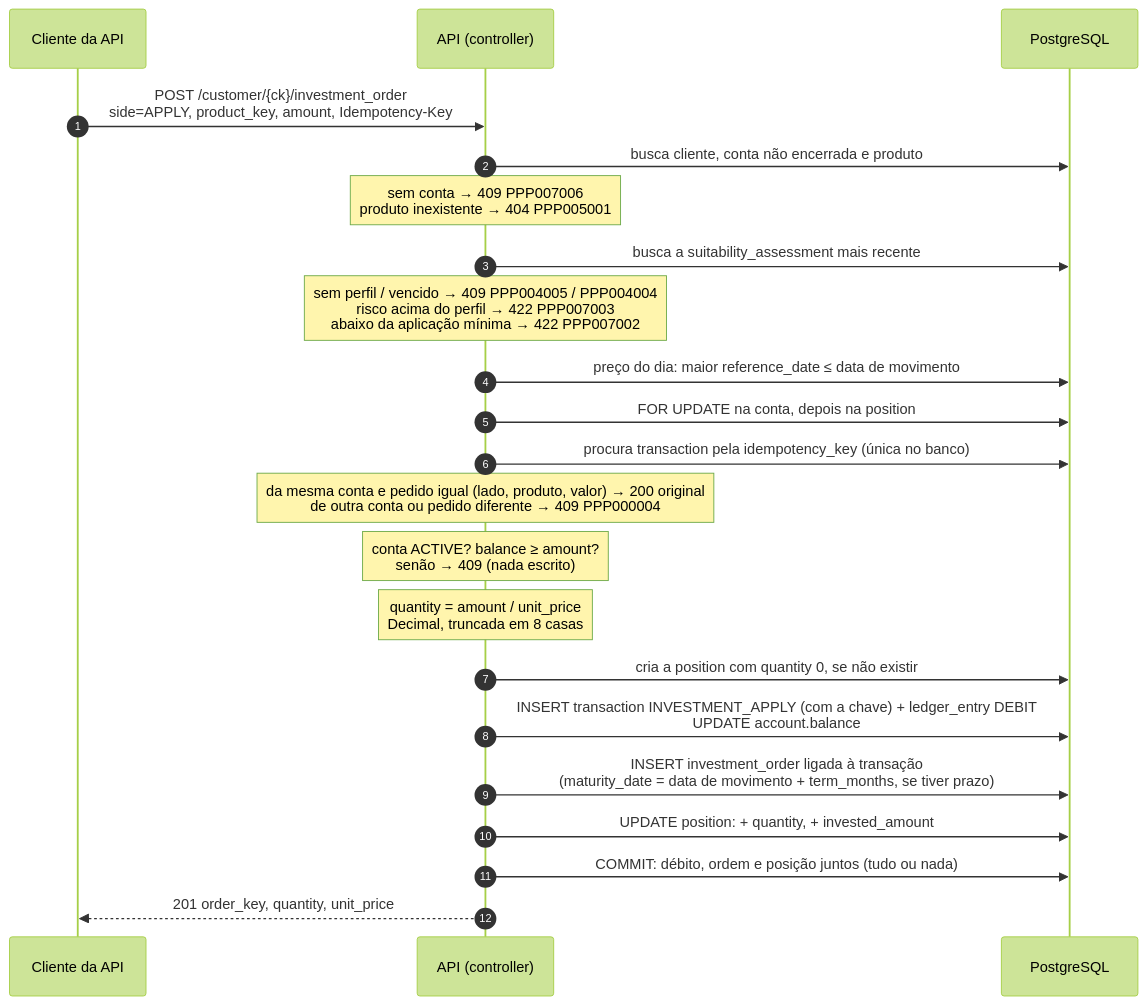
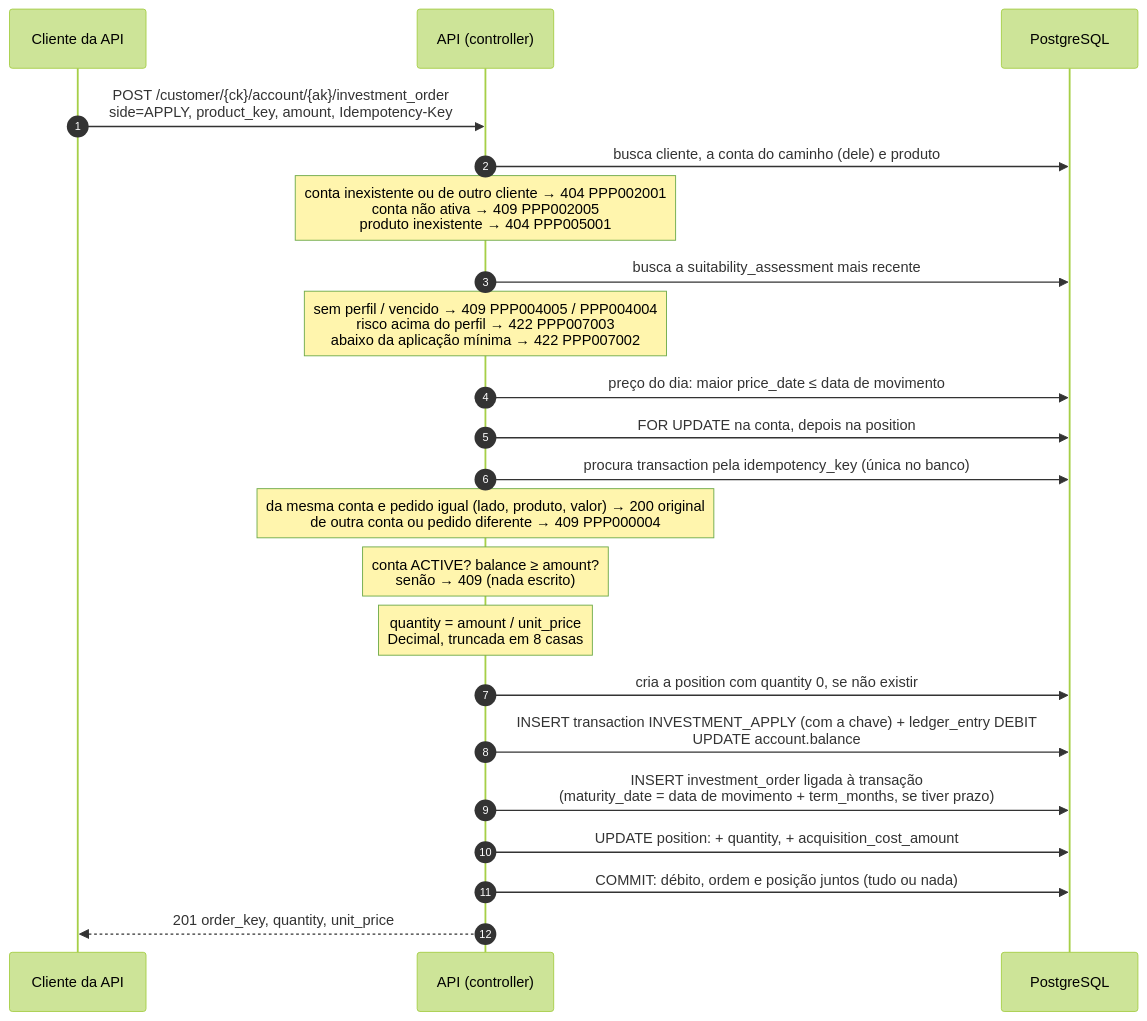
The diagram in docs/diagramas/aplicacao.mmd (heluylucas/bootcamp-qi-tech-presidas-), drawn with Mermaid (forest theme) before and after one commit. The commit also changed 12 other files, not shown here.

Commit message:
:hammer: update: rfc-&-diagrams-architecture-review

```diff
--- a/docs/diagramas/aplicacao.mmd
+++ b/docs/diagramas/aplicacao.mmd
@@ -1,23 +1,23 @@
 sequenceDiagram
     autonumber
     participant C as Cliente da API
     participant API as API (controller)
     participant DB as PostgreSQL
 
-    C->>API: POST /customer/{ck}/investment_order<br/>side=APPLY, product_key, amount, Idempotency-Key
-    API->>DB: busca cliente, conta não encerrada e produto
-    Note over API: sem conta → 409 PPP007006<br/>produto inexistente → 404 PPP005001
+    C->>API: POST /customer/{ck}/account/{ak}/investment_order<br/>side=APPLY, product_key, amount, Idempotency-Key
+    API->>DB: busca cliente, a conta do caminho (dele) e produto
+    Note over API: conta inexistente ou de outro cliente → 404 PPP002001<br/>conta não ativa → 409 PPP002005<br/>produto inexistente → 404 PPP005001
     API->>DB: busca a suitability_assessment mais recente
     Note over API: sem perfil / vencido → 409 PPP004005 / PPP004004<br/>risco acima do perfil → 422 PPP007003<br/>abaixo da aplicação mínima → 422 PPP007002
-    API->>DB: preço do dia: maior reference_date ≤ data de movimento
+    API->>DB: preço do dia: maior price_date ≤ data de movimento
     API->>DB: FOR UPDATE na conta, depois na position
     API->>DB: procura transaction pela idempotency_key (única no banco)
     Note over API: da mesma conta e pedido igual (lado, produto, valor) → 200 original<br/>de outra conta ou pedido diferente → 409 PPP000004
     Note over API: conta ACTIVE? balance ≥ amount?<br/>senão → 409 (nada escrito)
     Note over API: quantity = amount / unit_price<br/>Decimal, truncada em 8 casas
     API->>DB: cria a position com quantity 0, se não existir
     API->>DB: INSERT transaction INVESTMENT_APPLY (com a chave) + ledger_entry DEBIT<br/>UPDATE account.balance
     API->>DB: INSERT investment_order ligada à transação<br/>(maturity_date = data de movimento + term_months, se tiver prazo)
-    API->>DB: UPDATE position: + quantity, + invested_amount
+    API->>DB: UPDATE position: + quantity, + acquisition_cost_amount
     API->>DB: COMMIT: débito, ordem e posição juntos (tudo ou nada)
     API-->>C: 201 order_key, quantity, unit_price
```
